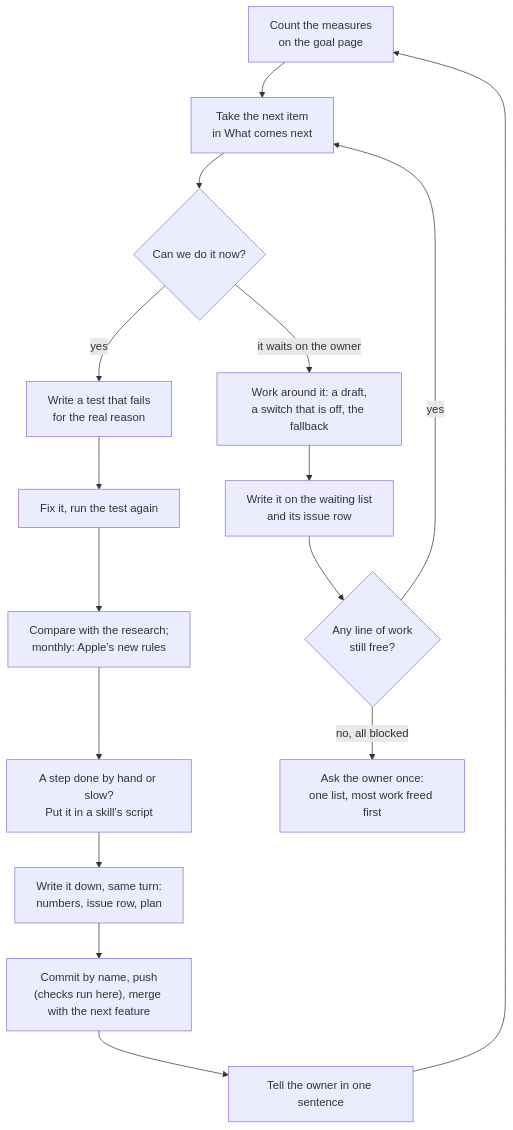
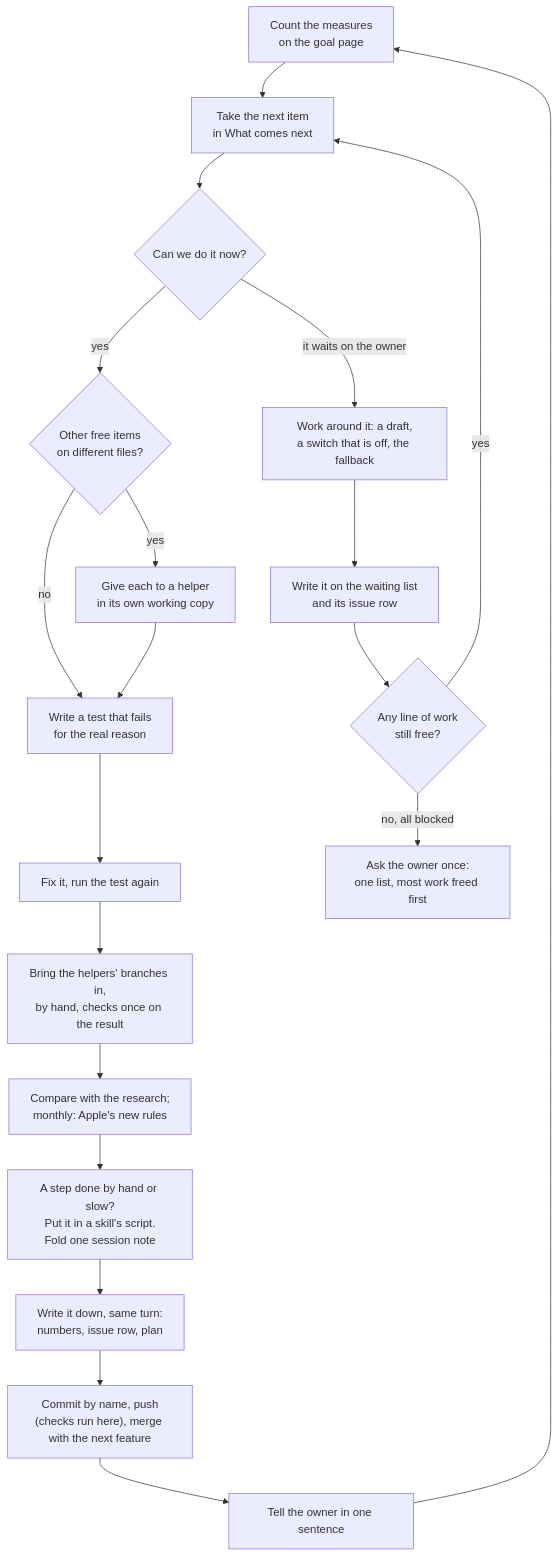
One commit to omars-lab/hifth changed the diagram in .claude/loop-prompts/operational-readiness.md. Above: the diagram before and after it, drawn with Mermaid. The commit also changed other lines of this file and 7 other files, not shown here.

````diff
--- a/.claude/loop-prompts/operational-readiness.md
+++ b/.claude/loop-prompts/operational-readiness.md
@@ -38,18 +100,22 @@
 ```mermaid
 flowchart TD
   count["Count the measures<br/>on the goal page"] --> pick["Take the next item<br/>in What comes next"]
   pick --> kind{"Can we do it now?"}
-  kind -- "yes" --> test["Write a test that fails<br/>for the real reason"]
+  kind -- "yes" --> carve{"Other free items<br/>on different files?"}
+  carve -- "yes" --> helpers["Give each to a helper<br/>in its own working copy"]
+  carve -- "no" --> test
+  helpers --> test["Write a test that fails<br/>for the real reason"]
   test --> fix["Fix it, run the test again"]
   kind -- "it waits on the owner" --> around["Work around it: a draft,<br/>a switch that is off, the fallback"]
   around --> log["Write it on the waiting list<br/>and its issue row"]
   log --> other{"Any line of work<br/>still free?"}
   other -- "yes" --> pick
   other -- "no, all blocked" --> batch["Ask the owner once:<br/>one list, most work freed first"]
-  fix --> compare["Compare with the research;<br/>monthly: Apple's new rules"]
-  compare --> setup["A step done by hand or slow?<br/>Put it in a skill's script"]
+  fix --> merge["Bring the helpers' branches in,<br/>by hand, checks once on the result"]
+  merge --> compare["Compare with the research;<br/>monthly: Apple's new rules"]
+  compare --> setup["A step done by hand or slow?<br/>Put it in a skill's script.<br/>Fold one session note"]
   setup --> record["Write it down, same turn:<br/>numbers, issue row, plan"]
   record --> ship["Commit by name, push<br/>(checks run here), merge with the next feature"]
   ship --> tell["Tell the owner in one sentence"]
   tell --> count
 ```
````
